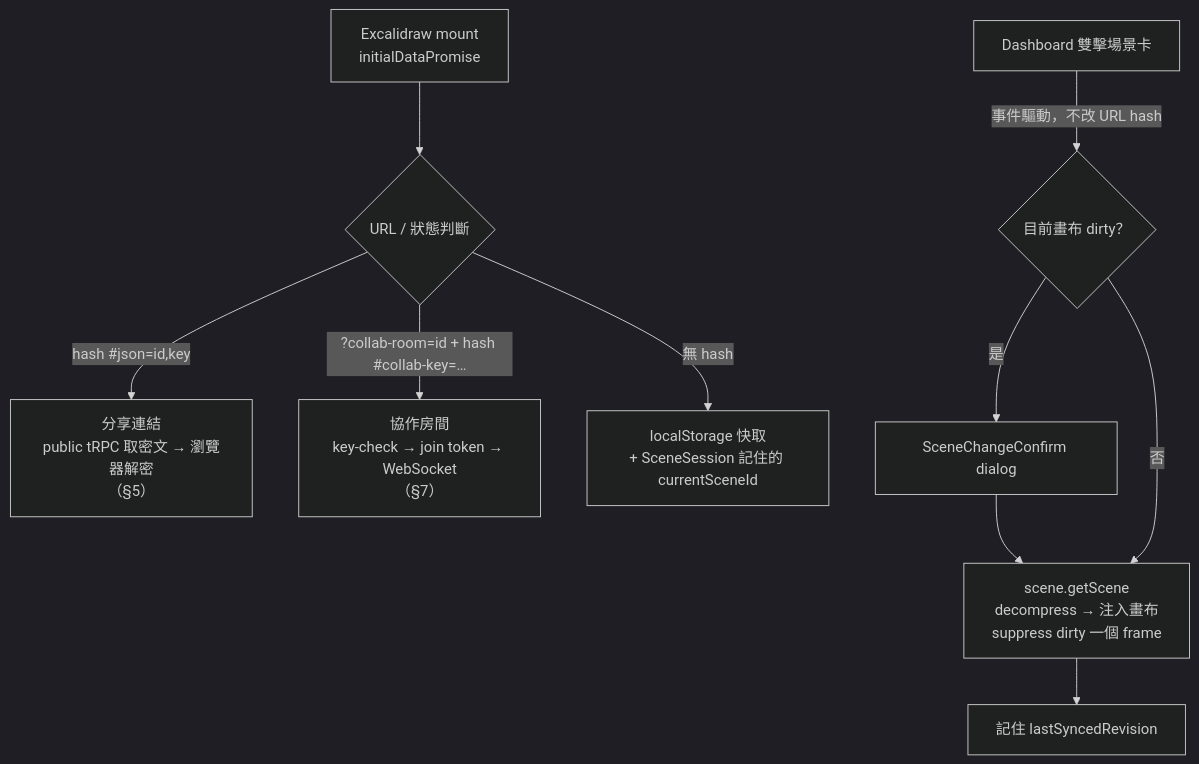
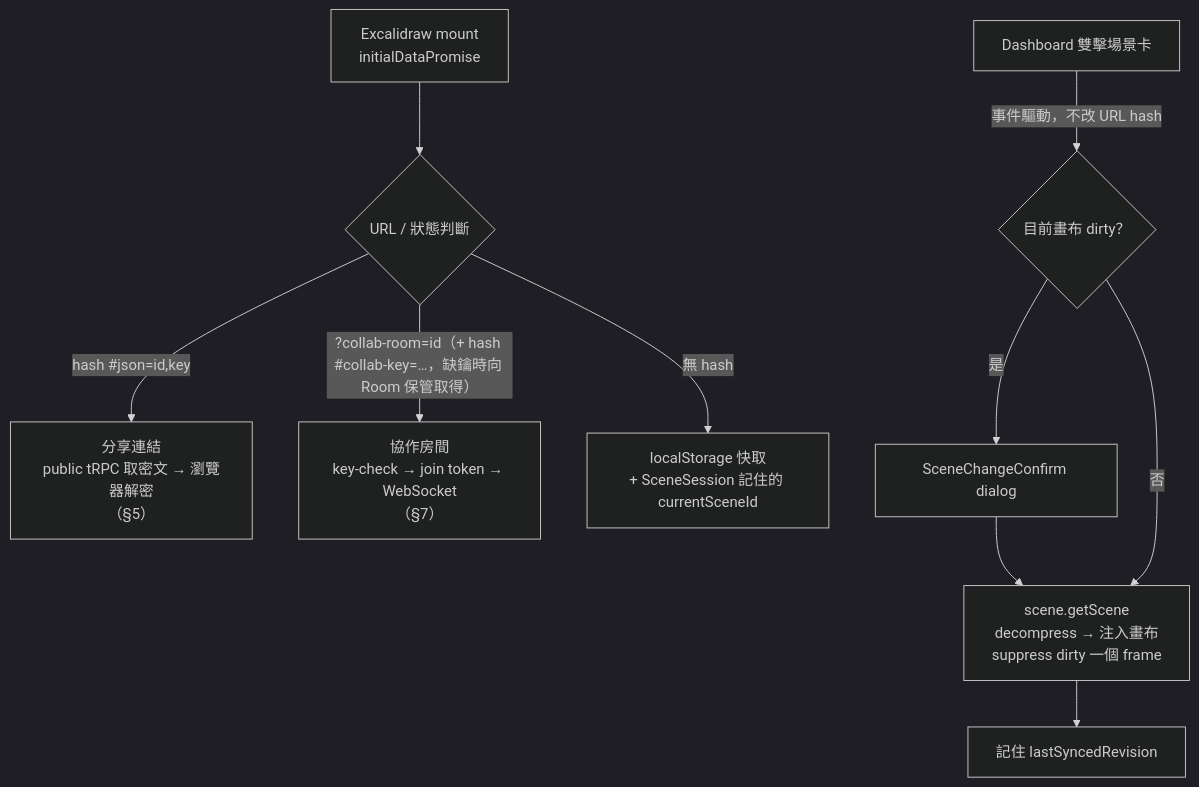
The third of 8 diagrams in docs/architecture/pages-and-scenarios.md (EricTsai83/drawstuff), drawn with Mermaid (dark theme) before and after one commit. The commit also changed other lines of this file and 20 other files, not shown here.

````diff
--- a/docs/architecture/pages-and-scenarios.md
+++ b/docs/architecture/pages-and-scenarios.md
@@ -97,11 +97,11 @@
 ```mermaid
 flowchart TD
     MOUNT["Excalidraw mount<br/>initialDataPromise"] --> Q{"URL / 狀態判斷"}
     Q -->|"hash #json=id,key"| SHARE["分享連結<br/>public tRPC 取密文 → 瀏覽器解密<br/>（§5）"]
-    Q -->|"?collab-room=id + hash #collab-key=…"| ROOM["協作房間<br/>key-check → join token → WebSocket<br/>（§7）"]
+    Q -->|"?collab-room=id（+ hash #collab-key=…，缺鑰時向 Room 保管取得）"| ROOM["協作房間<br/>key-check → join token → WebSocket<br/>（§7）"]
     Q -->|"無 hash"| LOCAL["localStorage 快取<br/>+ SceneSession 記住的 currentSceneId"]
     DASH["Dashboard 雙擊場景卡"] -->|"事件驅動，不改 URL hash"| CONFIRM{"目前畫布 dirty？"}
     CONFIRM -->|是| DLG["SceneChangeConfirm dialog"] --> LOAD
     CONFIRM -->|否| LOAD["scene.getScene<br/>decompress → 注入畫布<br/>suppress dirty 一個 frame"]
     LOAD --> REV["記住 lastSyncedRevision"]
 ```
````
